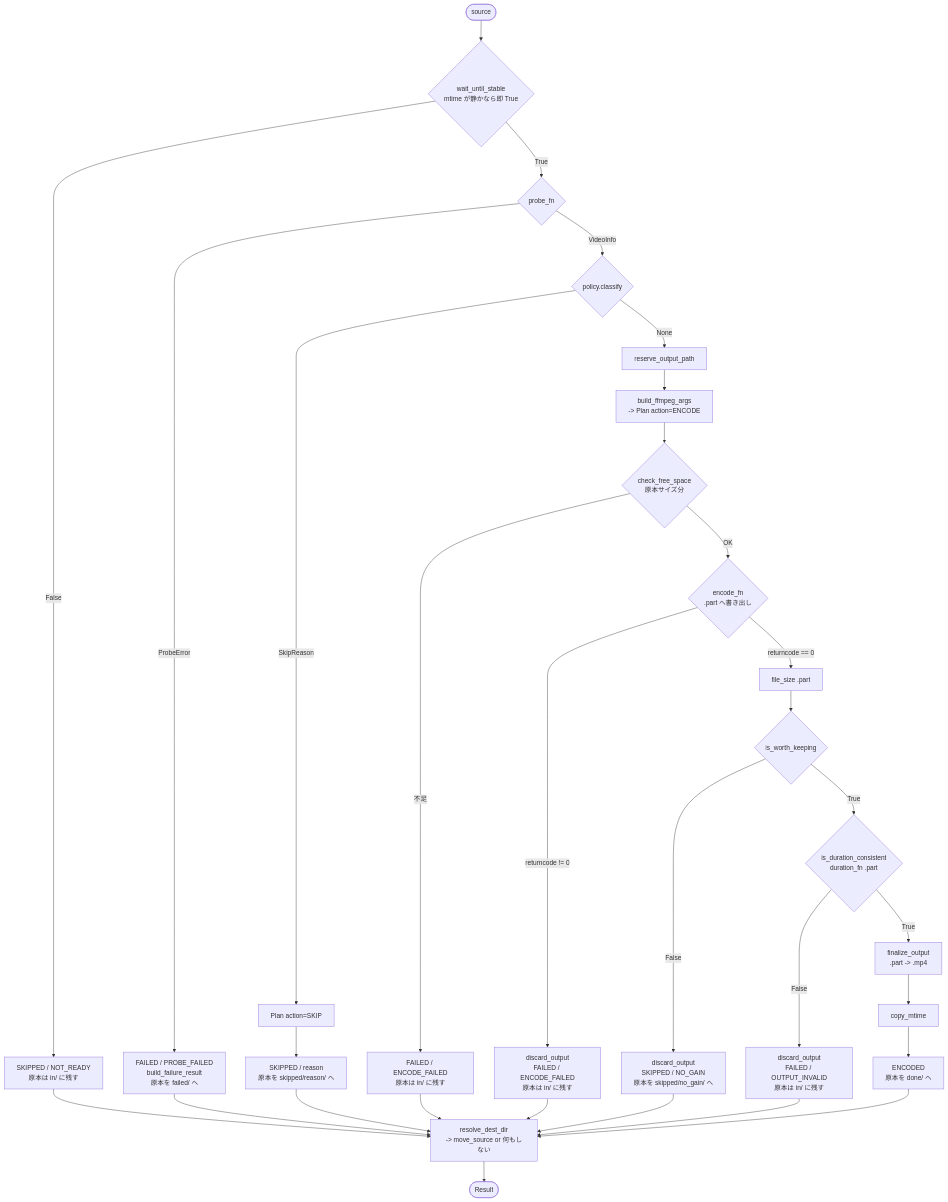
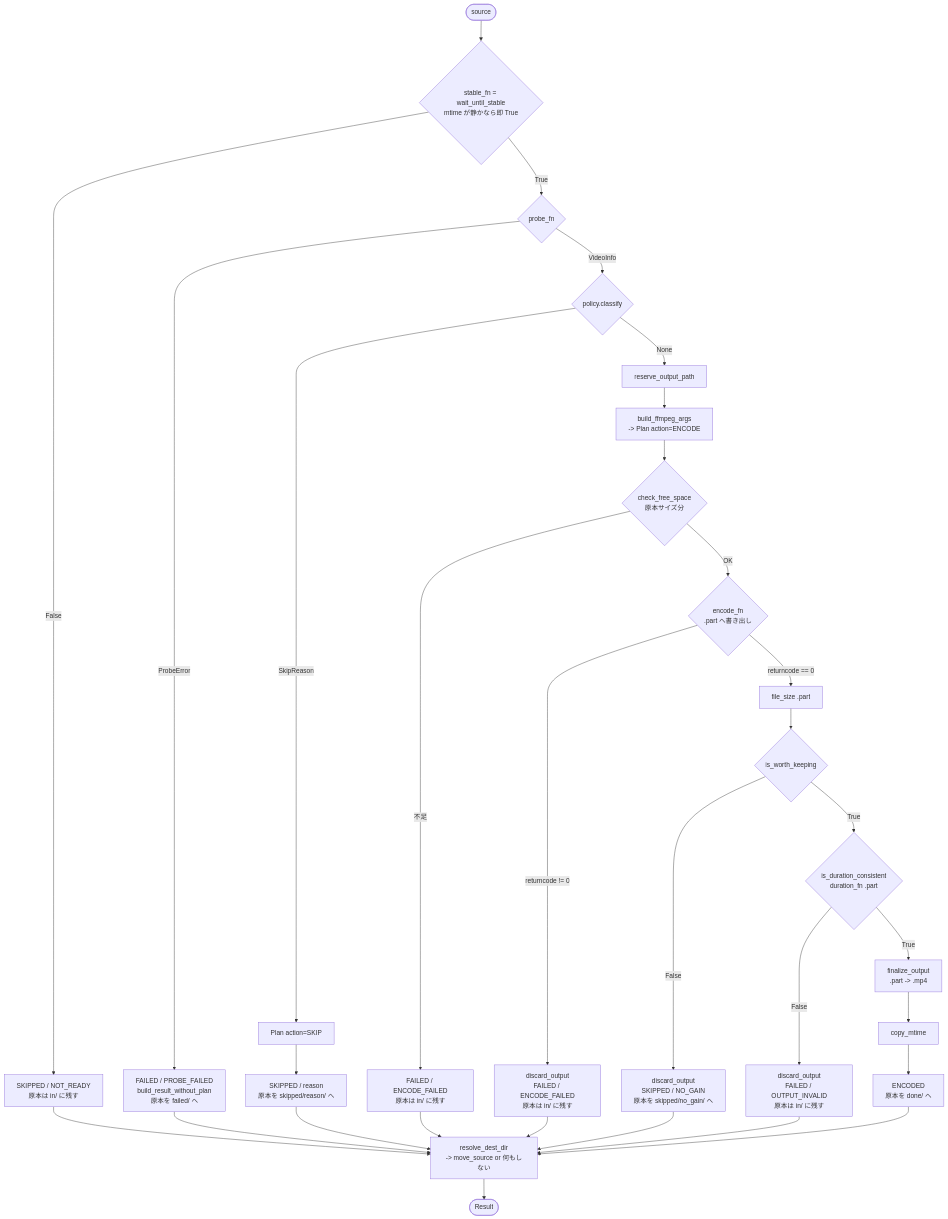
Before and after one commit to Takumi-Sekiya/video_compressor: the third of 3 diagrams in design.md, drawn with Mermaid. The commit also changed other lines of this file and 1 other file, not shown here.

````diff
--- a/design.md
+++ b/design.md
@@ -1114,39 +1242,39 @@
 ```mermaid
 flowchart TD
-    s([source]) --> stable{wait_until_stable<br/>mtime が静かなら即 True}
+    s([source]) --> stable{stable_fn = wait_until_stable<br/>mtime が静かなら即 True}
     stable -->|False| notready[SKIPPED / NOT_READY<br/>原本は in/ に残す]
     stable -->|True| probe{probe_fn}
-    probe -->|ProbeError| pf[FAILED / PROBE_FAILED<br/>build_failure_result<br/>原本を failed/ へ]
+    probe -->|ProbeError| pf[FAILED / PROBE_FAILED<br/>build_result_without_plan<br/>原本を failed/ へ]
     probe -->|VideoInfo| classify{policy.classify}
 
     classify -->|SkipReason| skip[Plan action=SKIP]
     skip --> skipres[SKIPPED / reason<br/>原本を skipped/reason/ へ]
 
     classify -->|None| reserve[reserve_output_path]
     reserve --> buildargs[build_ffmpeg_args<br/>-> Plan action=ENCODE]
     buildargs --> space2{check_free_space<br/>原本サイズ分}
     space2 -->|不足| ef0[FAILED / ENCODE_FAILED<br/>原本は in/ に残す]
     space2 -->|OK| enc{encode_fn<br/>.part へ書き出し}
 
     enc -->|returncode != 0| discard1[discard_output<br/>FAILED / ENCODE_FAILED<br/>原本は in/ に残す]
     enc -->|returncode == 0| size[file_size .part]
 
     size --> worth{is_worth_keeping}
     worth -->|False| discard2[discard_output<br/>SKIPPED / NO_GAIN<br/>原本を skipped/no_gain/ へ]
     worth -->|True| verify{is_duration_consistent<br/>duration_fn .part}
 
     verify -->|False| discard3[discard_output<br/>FAILED / OUTPUT_INVALID<br/>原本は in/ に残す]
     verify -->|True| fin[finalize_output<br/>.part -> .mp4]
     fin --> mtime[copy_mtime]
     mtime --> ok[ENCODED<br/>原本を done/ へ]
 
     notready --> dest[resolve_dest_dir<br/>-> move_source or 何もしない]
     pf --> dest
     skipres --> dest
     ef0 --> dest
     discard1 --> dest
     discard2 --> dest
     discard3 --> dest
     ok --> dest
     dest --> r([Result])
 ```
````
